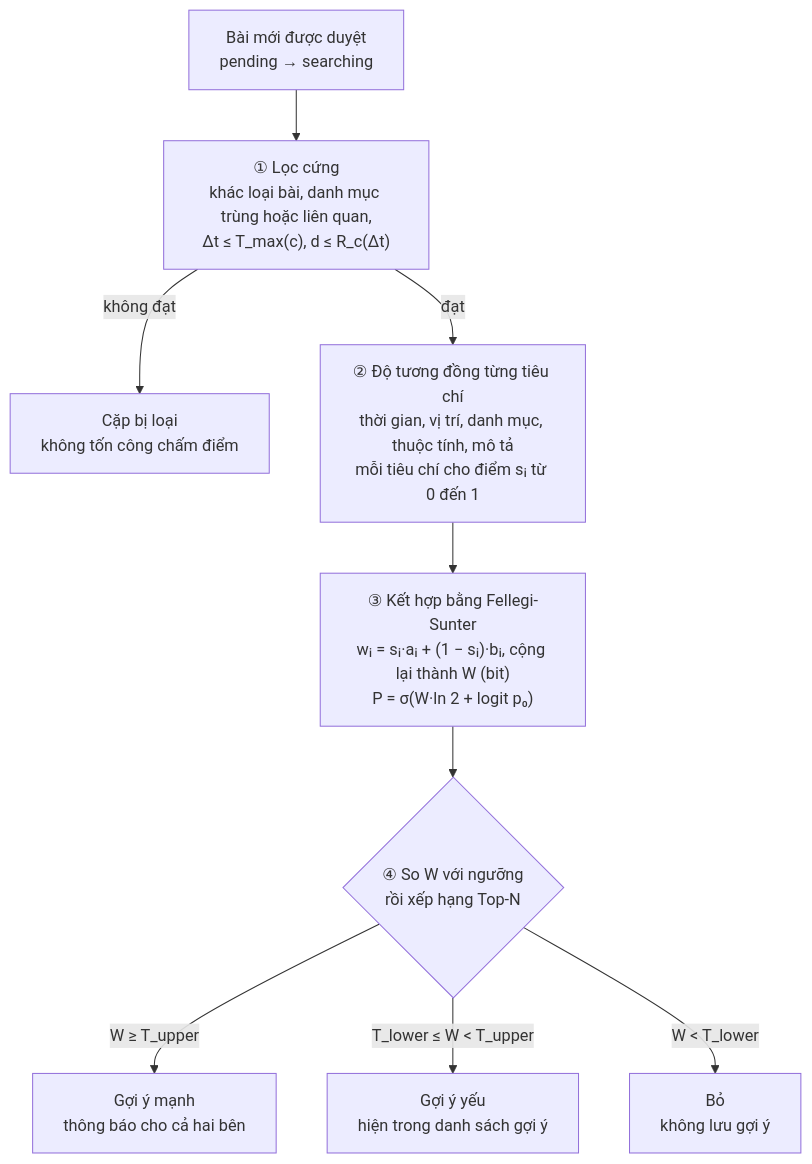
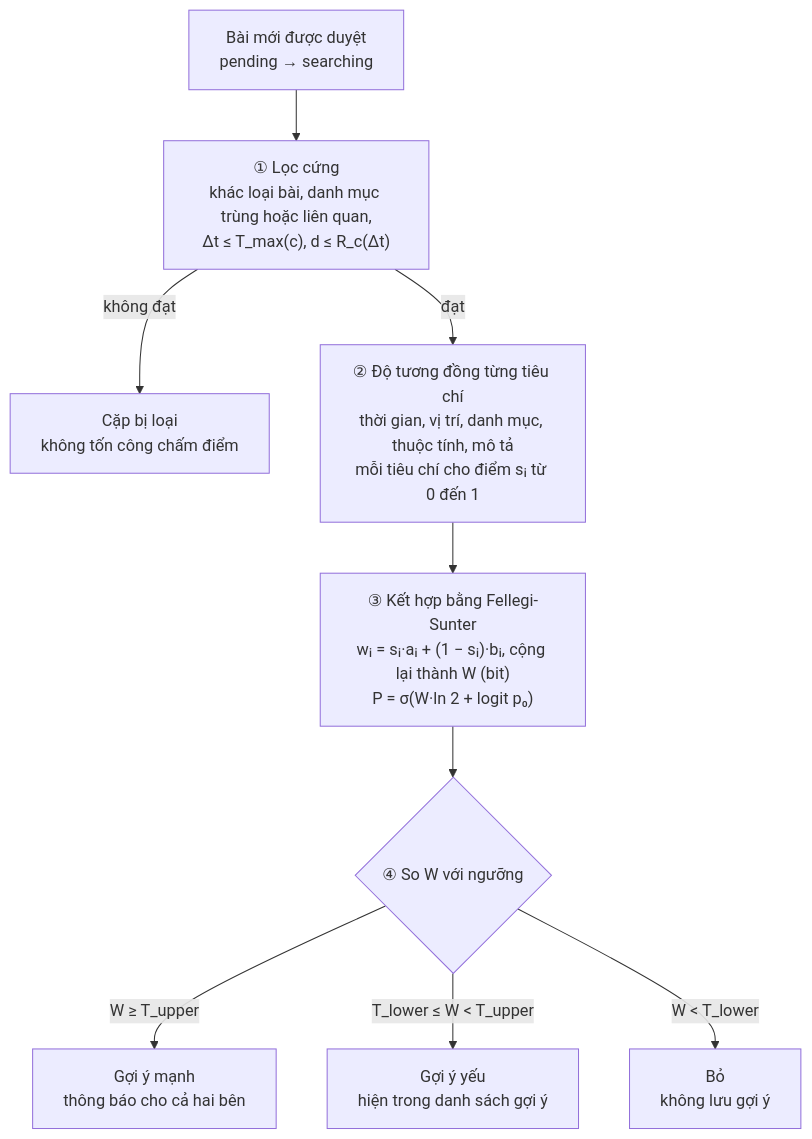
The diagram in docs/design/matching-algorithm.md (LostLink-HCM/LostLink), drawn with Mermaid before and after one commit. The commit also changed other lines of this file, not shown here.

Commit message:
docs(matching): drop Top-N cutoff in favor of thresholds

````diff
--- a/docs/design/matching-algorithm.md
+++ b/docs/design/matching-algorithm.md
@@ -67,11 +67,11 @@
 ```mermaid
 flowchart TD
     N["Bài mới được duyệt<br/>pending → searching"] --> F["① Lọc cứng<br/>khác loại bài, danh mục trùng hoặc liên quan,<br/>Δt ≤ T_max(c), d ≤ R_c(Δt)"]
     F -->|không đạt| X["Cặp bị loại<br/>không tốn công chấm điểm"]
     F -->|đạt| S["② Độ tương đồng từng tiêu chí<br/>thời gian, vị trí, danh mục, thuộc tính, mô tả<br/>mỗi tiêu chí cho điểm sᵢ từ 0 đến 1"]
     S --> C["③ Kết hợp bằng Fellegi-Sunter<br/>wᵢ = sᵢ·aᵢ + (1 − sᵢ)·bᵢ, cộng lại thành W (bit)<br/>P = σ(W·ln 2 + logit p₀)"]
-    C --> T{"④ So W với ngưỡng<br/>rồi xếp hạng Top-N"}
+    C --> T{"④ So W với ngưỡng"}
     T -->|"W ≥ T_upper"| M["Gợi ý mạnh<br/>thông báo cho cả hai bên"]
     T -->|"T_lower ≤ W < T_upper"| P["Gợi ý yếu<br/>hiện trong danh sách gợi ý"]
     T -->|"W < T_lower"| D["Bỏ<br/>không lưu gợi ý"]
 ```
````
